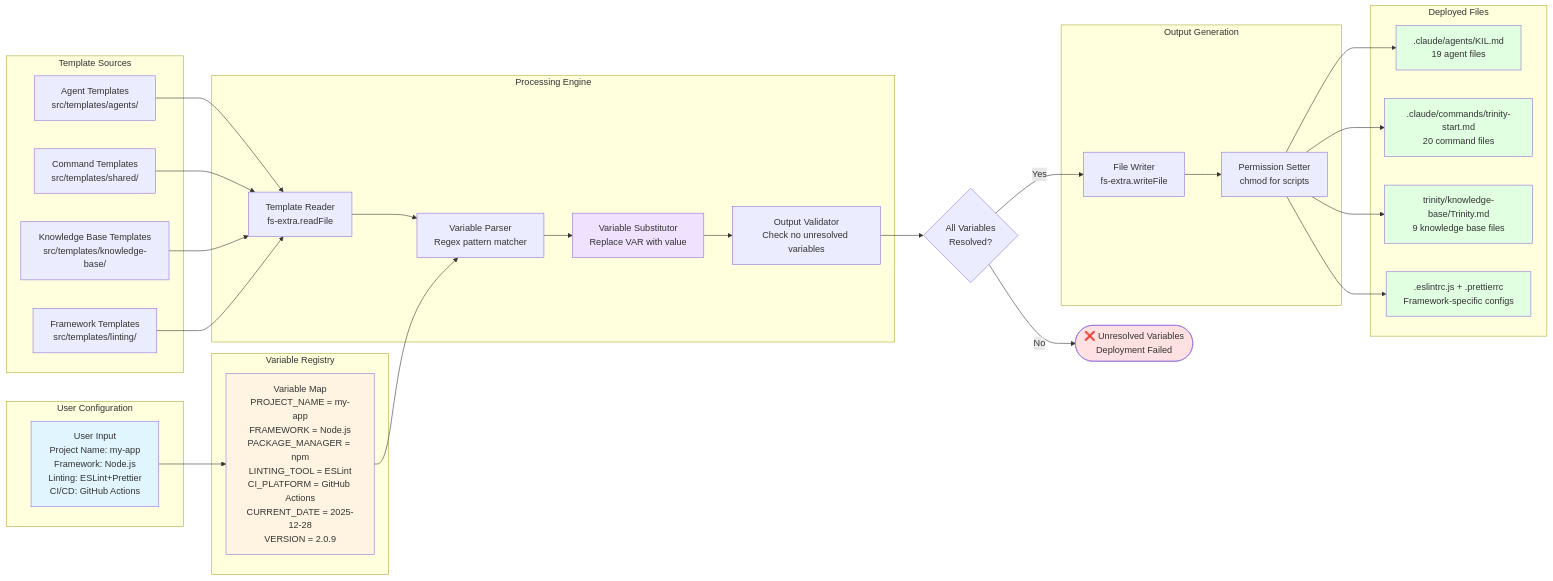
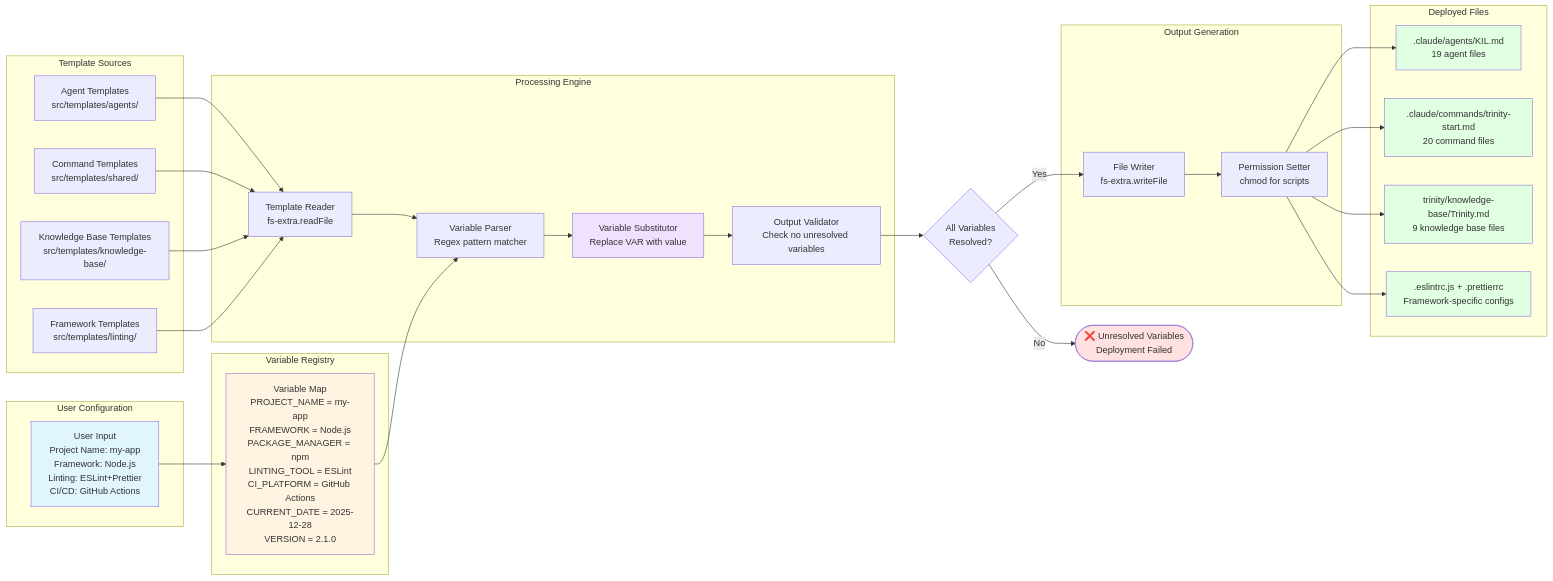
The diagram in docs/images/template-processing-pipeline.md (lukadfagundes/trinity-method-sdk), drawn with Mermaid before and after one commit. The commit also changed other lines of this file and 90 other files, not shown here.

````diff
--- a/docs/images/template-processing-pipeline.md
+++ b/docs/images/template-processing-pipeline.md
@@ -3,66 +3,66 @@
 ```mermaid
 flowchart LR
     subgraph "Template Sources"
         T1[Agent Templates<br/>src/templates/agents/]
         T2[Command Templates<br/>src/templates/shared/]
         T3[Knowledge Base Templates<br/>src/templates/knowledge-base/]
         T4[Framework Templates<br/>src/templates/linting/]
     end
 
     subgraph "User Configuration"
         CONFIG[User Input<br/>Project Name: my-app<br/>Framework: Node.js<br/>Linting: ESLint+Prettier<br/>CI/CD: GitHub Actions]
     end
 
     subgraph "Variable Registry"
-        VARS["Variable Map<br/>PROJECT_NAME = my-app<br/>FRAMEWORK = Node.js<br/>PACKAGE_MANAGER = npm<br/>LINTING_TOOL = ESLint<br/>CI_PLATFORM = GitHub Actions<br/>CURRENT_DATE = 2025-12-28<br/>VERSION = 2.0.9"]
+        VARS["Variable Map<br/>PROJECT_NAME = my-app<br/>FRAMEWORK = Node.js<br/>PACKAGE_MANAGER = npm<br/>LINTING_TOOL = ESLint<br/>CI_PLATFORM = GitHub Actions<br/>CURRENT_DATE = 2025-12-28<br/>VERSION = 2.1.0"]
     end
 
     subgraph "Processing Engine"
         READER[Template Reader<br/>fs-extra.readFile]
         PARSER["Variable Parser<br/>Regex pattern matcher"]
         SUBSTITUTOR["Variable Substitutor<br/>Replace VAR with value"]
         VALIDATOR["Output Validator<br/>Check no unresolved variables"]
     end
 
     subgraph "Output Generation"
         WRITER[File Writer<br/>fs-extra.writeFile]
         PERMS[Permission Setter<br/>chmod for scripts]
     end
 
     subgraph "Deployed Files"
         OUT1[.claude/agents/KIL.md<br/>19 agent files]
         OUT2[.claude/commands/trinity-start.md<br/>20 command files]
         OUT3[trinity/knowledge-base/Trinity.md<br/>9 knowledge base files]
         OUT4[.eslintrc.js + .prettierrc<br/>Framework-specific configs]
     end
 
     CONFIG --> VARS
     T1 --> READER
     T2 --> READER
     T3 --> READER
     T4 --> READER
 
     READER --> PARSER
     VARS --> PARSER
     PARSER --> SUBSTITUTOR
     SUBSTITUTOR --> VALIDATOR
 
     VALIDATOR --> DECISION{All Variables<br/>Resolved?}
     DECISION -->|No| ERROR([❌ Unresolved Variables<br/>Deployment Failed])
     DECISION -->|Yes| WRITER
 
     WRITER --> PERMS
     PERMS --> OUT1
     PERMS --> OUT2
     PERMS --> OUT3
     PERMS --> OUT4
 
     style CONFIG fill:#e1f5ff
     style VARS fill:#fff4e1
     style SUBSTITUTOR fill:#f0e1ff
     style OUT1 fill:#e1ffe1
     style OUT2 fill:#e1ffe1
     style OUT3 fill:#e1ffe1
     style OUT4 fill:#e1ffe1
     style ERROR fill:#ffe1e1
 ```
````
